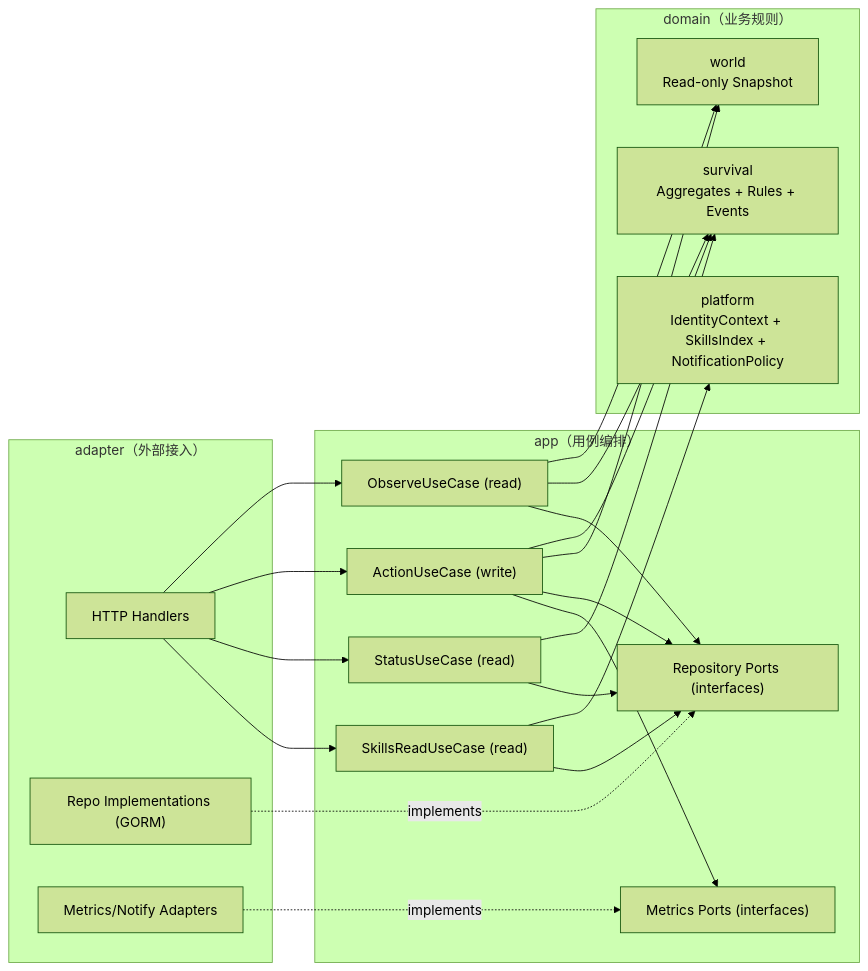
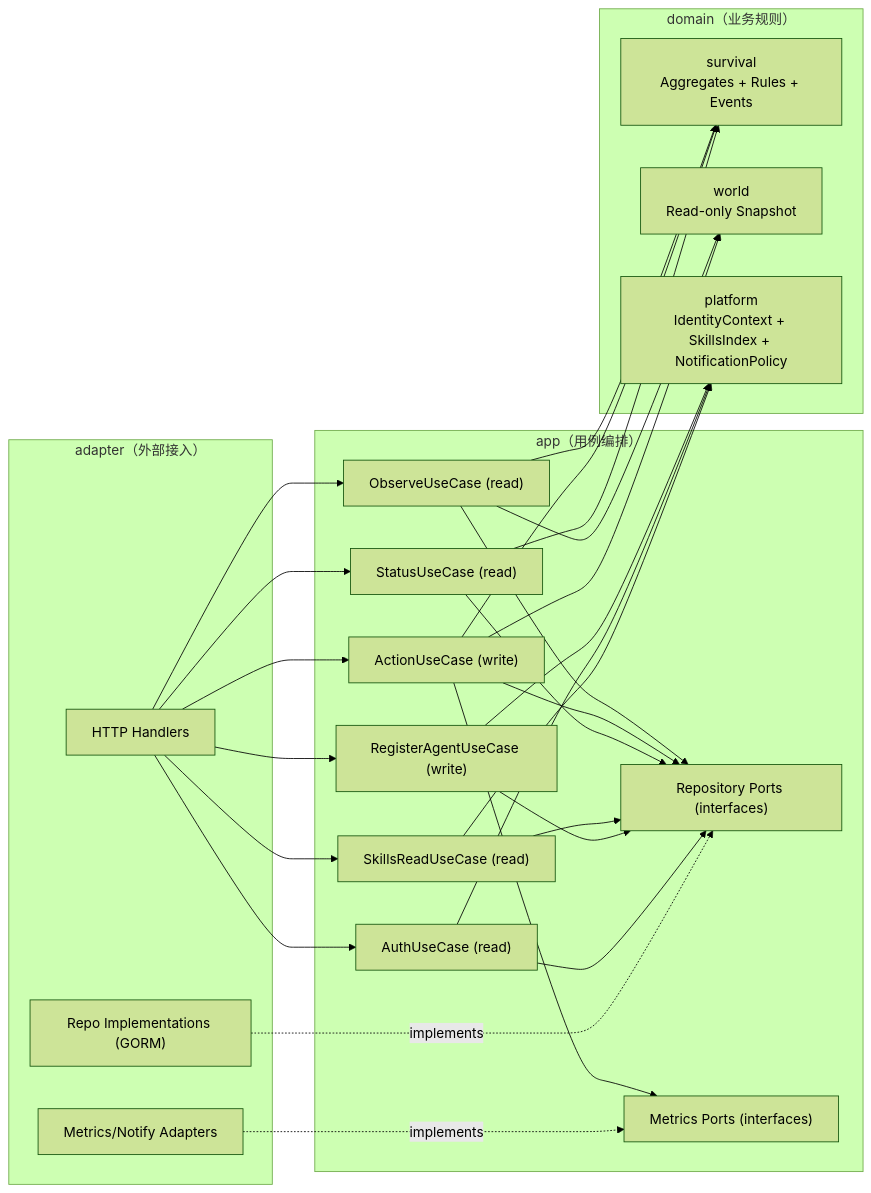
One commit to yrpang/Clawvival changed the first of 5 diagrams in docs/engineering.md. Above: the diagram before and after it, drawn with Mermaid (forest theme). The commit also changed other lines of this file and 13 other files, not shown here.

Commit message:
feat(auth): add agent registration and credential-based authentication

````diff
--- a/docs/engineering.md
+++ b/docs/engineering.md
@@ -127,44 +132,52 @@
 ```mermaid
 flowchart LR
   subgraph AD["adapter（外部接入）"]
     H["HTTP Handlers"]
     RE["Repo Implementations (GORM)"]
     MA["Metrics/Notify Adapters"]
   end
 
   subgraph AP["app（用例编排）"]
+    RG["RegisterAgentUseCase (write)"]
+    AU["AuthUseCase (read)"]
     O["ObserveUseCase (read)"]
     A["ActionUseCase (write)"]
     S["StatusUseCase (read)"]
     K["SkillsReadUseCase (read)"]
     RP["Repository Ports (interfaces)"]
     MP["Metrics Ports (interfaces)"]
   end
 
   subgraph DM["domain（业务规则）"]
     SV["survival\nAggregates + Rules + Events"]
     WD["world\nRead-only Snapshot"]
     PF["platform\nIdentityContext + SkillsIndex + NotificationPolicy"]
   end
 
+  H --> RG
+  H --> AU
   H --> O
   H --> A
   H --> S
   H --> K
 
+  RG --> PF
+  AU --> PF
   O --> WD
   O --> SV
   A --> SV
   A --> WD
   S --> SV
   K --> PF
 
   O --> RP
   A --> RP
   S --> RP
   K --> RP
+  RG --> RP
+  AU --> RP
   A --> MP
 
   RE -.implements.-> RP
   MA -.implements.-> MP
 ```
````
